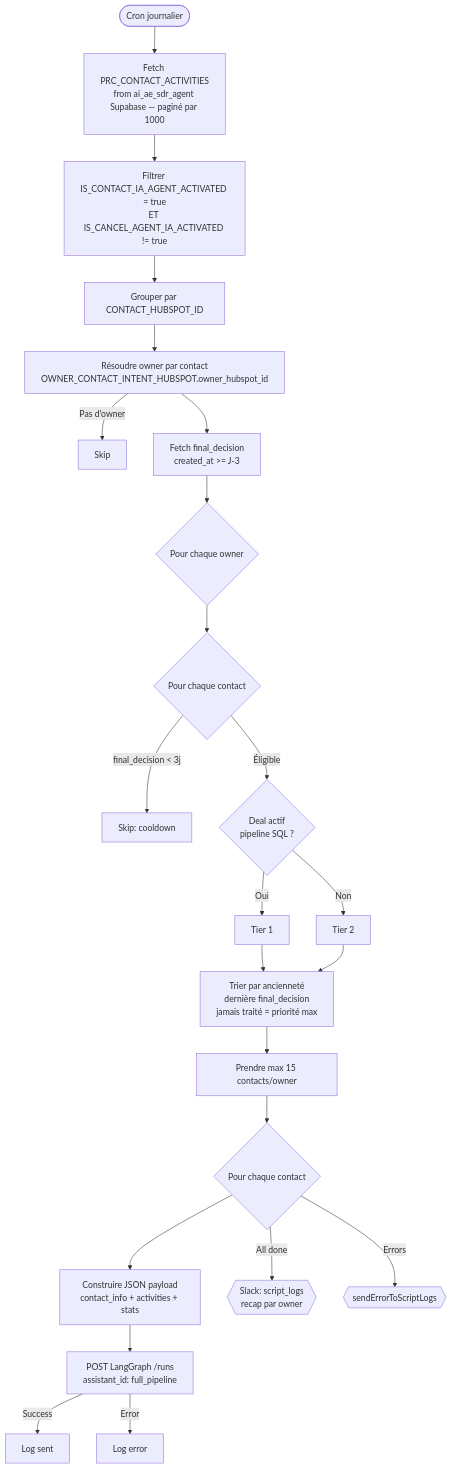
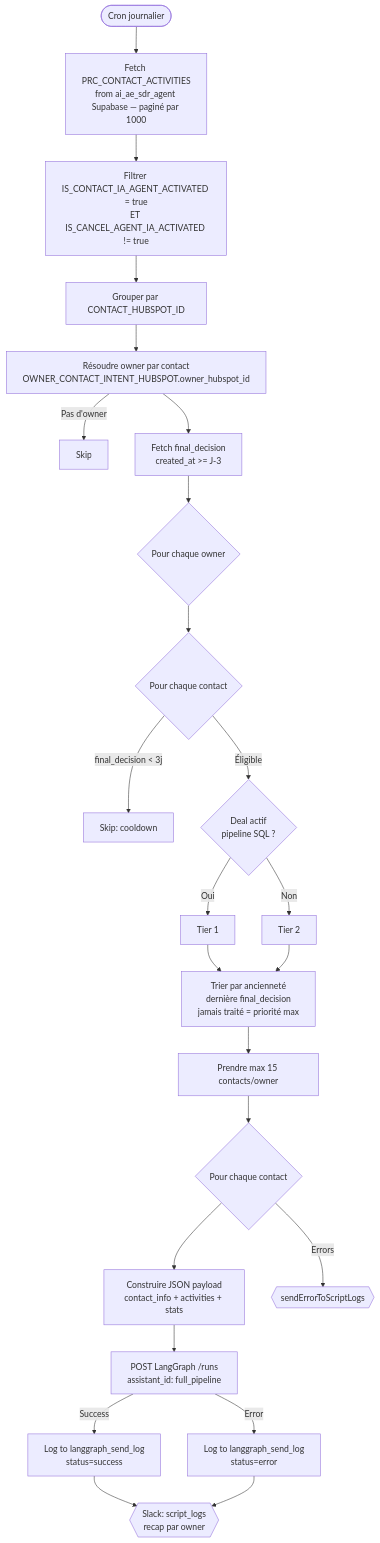
One commit to AirSaas/linkedin-scrapp changed diagram 15 of 23 in CLAUDE.md. Above: the diagram before and after it, drawn with Mermaid. The commit also changed other lines of this file and 1 other file, not shown here.

First line of the commit message:
Add langgraph_send_log table and contact email to LangGraph payload

````diff
--- a/CLAUDE.md
+++ b/CLAUDE.md
@@ -370,28 +370,28 @@
 ```mermaid
 flowchart TD
     A([Cron journalier]) --> B[Fetch PRC_CONTACT_ACTIVITIES<br/>from ai_ae_sdr_agent Supabase — paginé par 1000]
     B --> C[Filtrer IS_CONTACT_IA_AGENT_ACTIVATED = true<br/>ET IS_CANCEL_AGENT_IA_ACTIVATED != true]
     C --> D[Grouper par CONTACT_HUBSPOT_ID]
 
     D --> E[Résoudre owner par contact<br/>OWNER_CONTACT_INTENT_HUBSPOT.owner_hubspot_id]
     E -->|Pas d'owner| F[Skip]
 
     E --> G[Fetch final_decision<br/>created_at >= J-3]
     G --> H{Pour chaque owner}
     H --> I{Pour chaque contact}
     I -->|final_decision < 3j| J[Skip: cooldown]
     I -->|Éligible| K{Deal actif<br/>pipeline SQL ?}
     K -->|Oui| L[Tier 1]
     K -->|Non| M[Tier 2]
 
     L & M --> N[Trier par ancienneté<br/>dernière final_decision<br/>jamais traité = priorité max]
     N --> O[Prendre max 15 contacts/owner]
 
     O --> P{Pour chaque contact}
     P --> Q[Construire JSON payload<br/>contact_info + activities + stats]
     Q --> R[POST LangGraph /runs<br/>assistant_id: full_pipeline]
-    R -->|Success| S[Log sent]
-    R -->|Error| T[Log error]
-    P -->|All done| U{{Slack: script_logs<br/>recap par owner}}
+    R -->|Success| S[Log to langgraph_send_log<br/>status=success]
+    R -->|Error| T[Log to langgraph_send_log<br/>status=error]
+    S & T --> U{{Slack: script_logs<br/>recap par owner}}
     P -->|Errors| V{{sendErrorToScriptLogs}}
 ```
````
